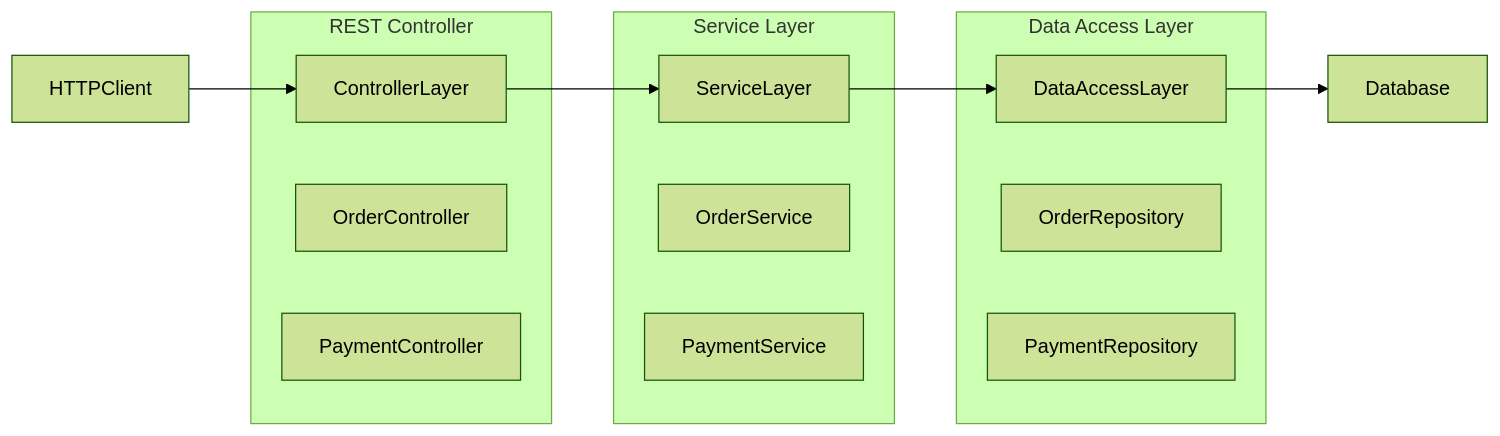
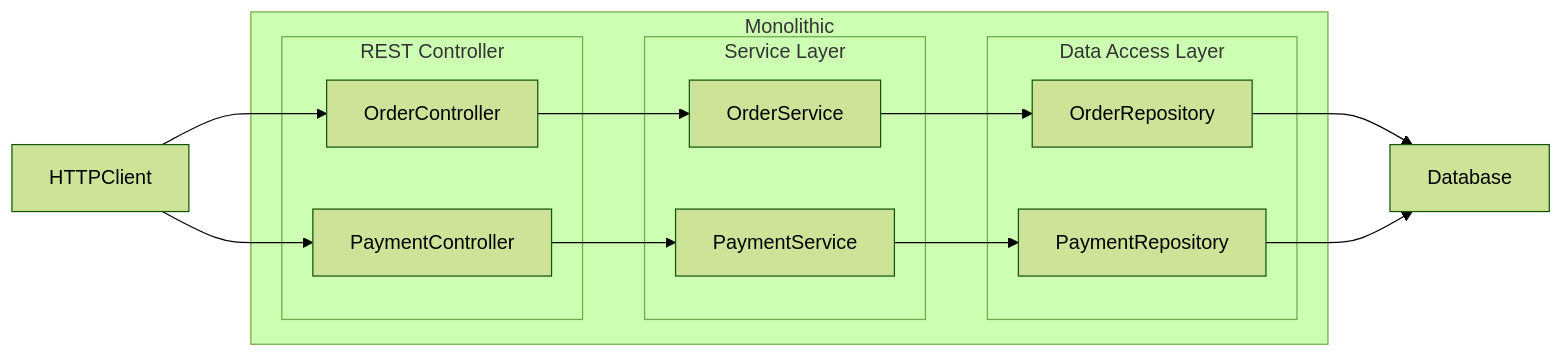
One commit to codecraft87/order-payment-system changed the diagram in README.md. Above: the diagram before and after it, drawn with Mermaid (forest theme). The commit also changed other lines of this file, not shown here.

Commit message:
Readme.md - problem statement

````diff
--- a/README.md
+++ b/README.md
@@ -37,27 +37,32 @@
 ```mermaid
 flowchart LR
-	
-	subgraph Controller["REST Controller"]
-		ControllerLayer
-		OrderController
-		PaymentController
-	end
+    HTTPClient --> OrderController
+    HTTPClient --> PaymentController
 
-    subgraph Service["Service Layer"]
-        ServiceLayer
-        OrderService
-        PaymentService
+    OrderController --> OrderService
+    PaymentController --> PaymentService
+
+    OrderService --> OrderRepository
+    PaymentService --> PaymentRepository
+
+    OrderRepository --> Database
+    PaymentRepository --> Database
+
+    subgraph Monolithic["Monolithic"]
+        subgraph Controller["REST Controller"]
+            OrderController
+            PaymentController
+        end
+
+        subgraph Service["Service Layer"]
+            OrderService
+            PaymentService
+        end
+
+        subgraph DataAccess["Data Access Layer"]
+            OrderRepository
+            PaymentRepository
+        end
     end
-	
-	subgraph Data Access["Data Access Layer"]
-		DataAccessLayer
-		OrderRepository
-		PaymentRepository
-	end
-
-    HTTPClient -->ControllerLayer
-	ControllerLayer --> ServiceLayer
-	ServiceLayer --> DataAccessLayer
-	DataAccessLayer --> Database
 
 ```
````
